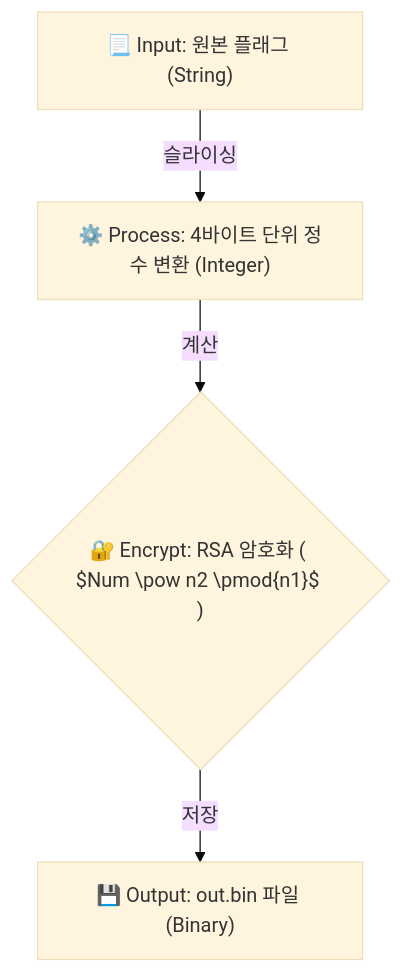
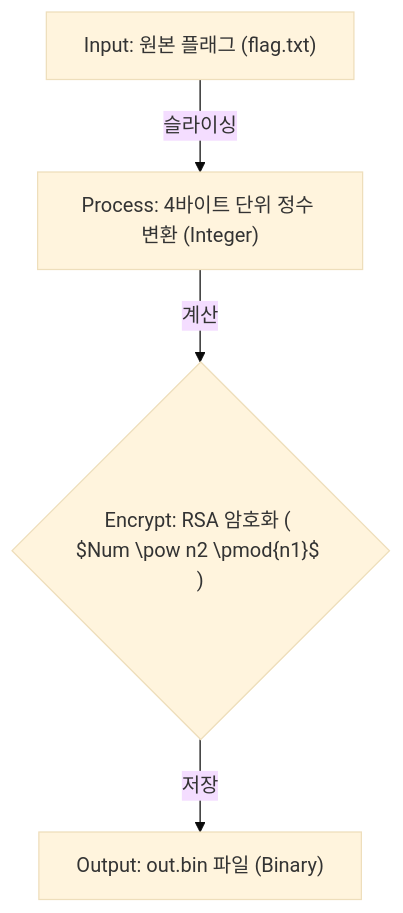
Before and after one commit to dongyeon1113/Dreamhack-Wargame: the diagram in Reversing/Public/README.md, drawn with Mermaid (base theme).

````diff
--- a/Reversing/Public/README.md
+++ b/Reversing/Public/README.md
@@ -178,11 +178,11 @@
 ```mermaid
 graph TD;
-    Node1["📃 Input: 원본 플래그 (String)"]
-    Node2["⚙️ Process: 4바이트 단위 정수 변환 (Integer)"]
-    Node3{"🔐 Encrypt: RSA 암호화 ( $Num \pow n2 \pmod{n1}$ )"}
-    Node4["💾 Output: out.bin 파일 (Binary)"]
+    Node1["Input: 원본 플래그 (flag.txt)"]
+    Node2["Process: 4바이트 단위 정수 변환 (Integer)"]
+    Node3{"Encrypt: RSA 암호화 ( $Num \pow n2 \pmod{n1}$ )"}
+    Node4["Output: out.bin 파일 (Binary)"]
 
     Node1 -->|슬라이싱| Node2
     Node2 -->|계산| Node3
     Node3 -->|저장| Node4
 ```
````
